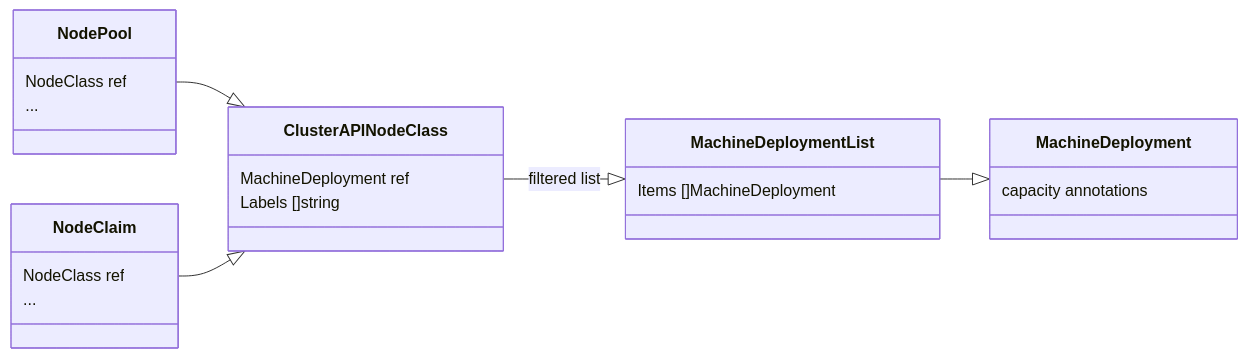
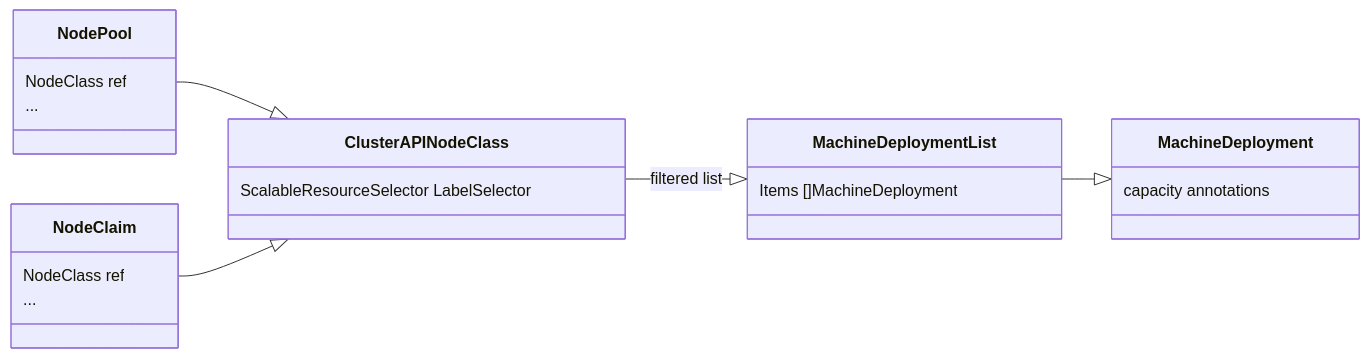
One commit to kubernetes-sigs/karpenter-provider-cluster-api changed the first of 4 diagrams in docs/docs/design.md. Above: the diagram before and after it, drawn with Mermaid. The commit also changed other lines of this file and 10 other files, not shown here.

````diff
--- a/docs/docs/design.md
+++ b/docs/docs/design.md
@@ -18,16 +37,15 @@
 ```mermaid
 classDiagram
     direction LR
     NodePool : NodeClass ref
     NodePool : ...
-    ClusterAPINodeClass : MachineDeployment ref
-    ClusterAPINodeClass : Labels []string
+    ClusterAPINodeClass : ScalableResourceSelector LabelSelector
     NodePool --|> ClusterAPINodeClass
     NodeClaim : NodeClass ref
     NodeClaim --|> ClusterAPINodeClass
     NodeClaim : ...
     MachineDeployment : capacity annotations
     MachineDeploymentList : Items []MachineDeployment
     ClusterAPINodeClass --|> MachineDeploymentList : filtered list
     MachineDeploymentList --|> MachineDeployment
 ```
````
